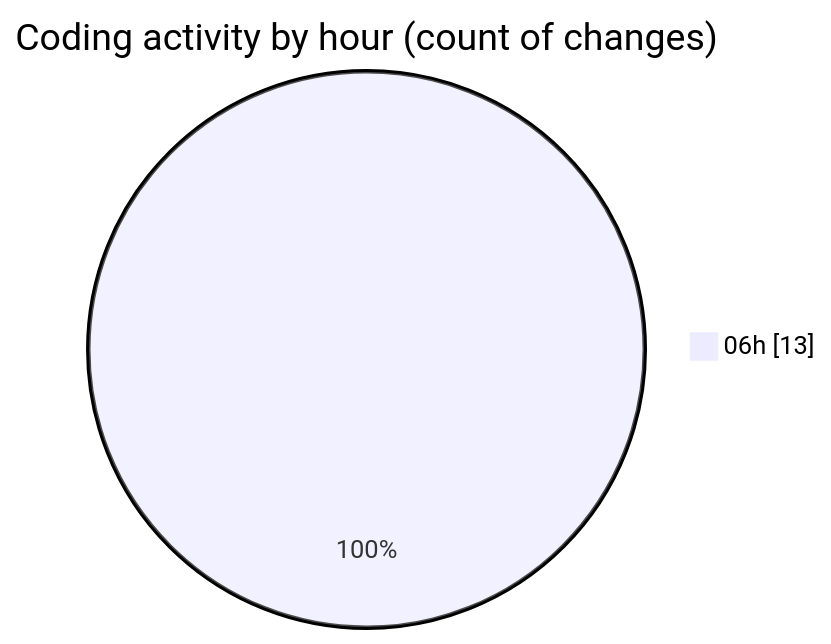
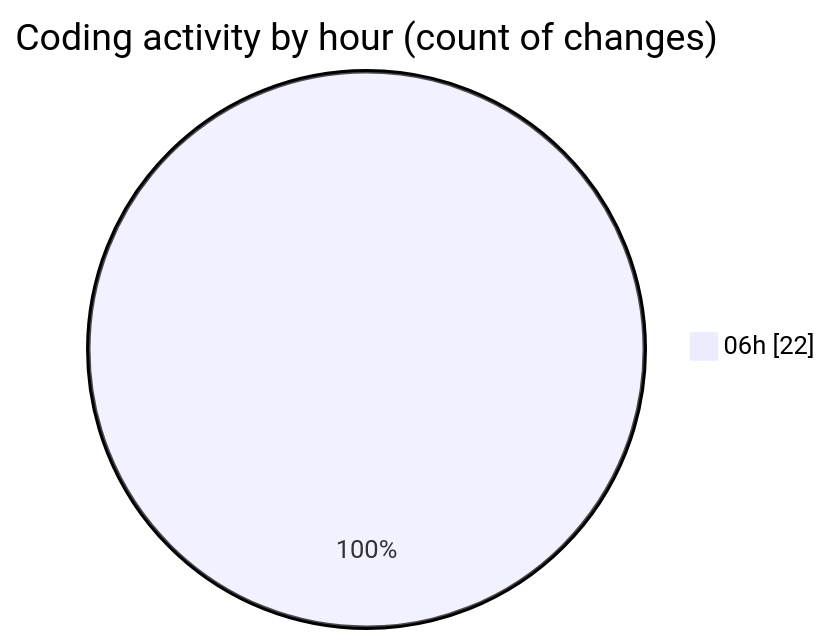
Before and after one commit to IJAZ3593/code-tracking: the second of 2 diagrams in 2025-09-01/project_2/README.md, drawn with Mermaid. The commit also changed other lines of this file and 1 other file, not shown here.

````diff
--- a/2025-09-01/project_2/README.md
+++ b/2025-09-01/project_2/README.md
@@ -35,5 +37,5 @@
 ```mermaid
 pie showData
 title Coding activity by hour (count of changes)
-"06h" : 13
+"06h" : 22
 ```
````
